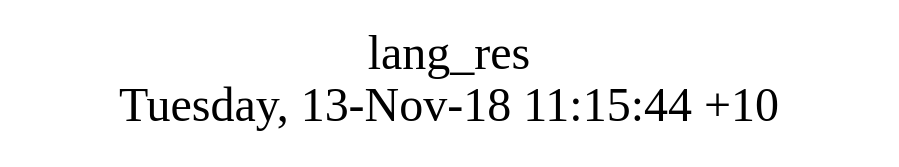
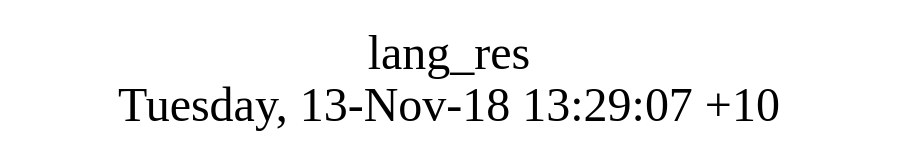
Before and after one commit to AplaProject/apps: the diagram in src/lang_res/struct.dot, drawn with Graphviz. The commit also changed 27 other files, not shown here.

```diff
--- a/src/lang_res/struct.dot
+++ b/src/lang_res/struct.dot
@@ -1,8 +1,8 @@
 digraph G {
 fontsize="24";
-label="lang_res\nTuesday, 13-Nov-18 11:15:44 +10";
+label="lang_res\nTuesday, 13-Nov-18 13:29:07 +10";
 nojustify=true;
 ordering=out;
 rankdir=LR;
 size="30";
 }
```
